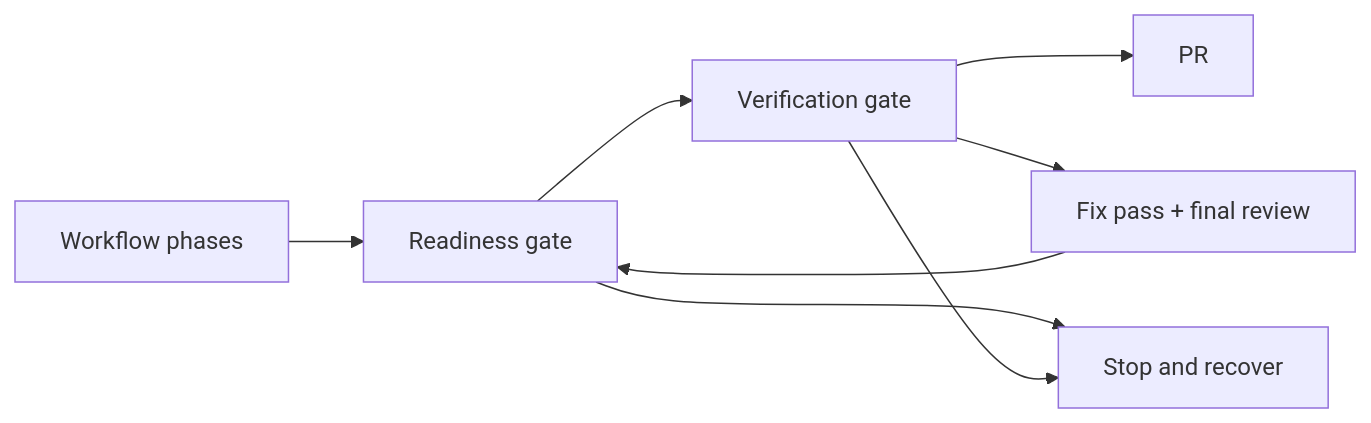
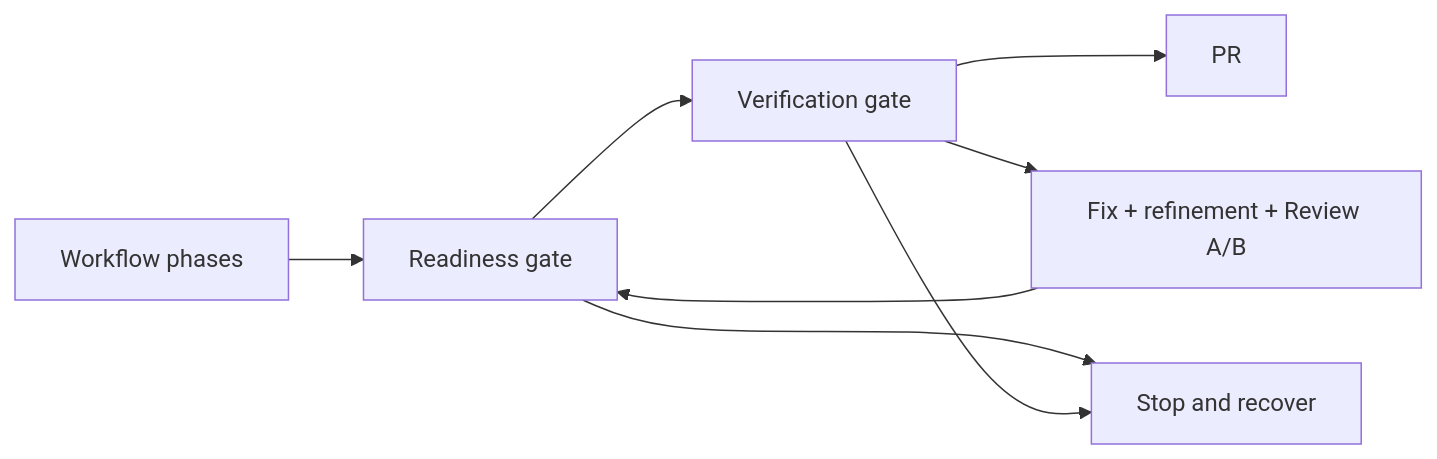
One commit to marcellocurto/roark-coding-agent changed the diagram in docs/verification.md. Above: the diagram before and after it, drawn with Mermaid. The commit also changed other lines of this file and 29 other files, not shown here.

Commit message:
Modernize standalone final review

````diff
--- a/docs/verification.md
+++ b/docs/verification.md
@@ -10,10 +10,10 @@
 ```mermaid
 flowchart LR
   phases["Workflow phases"] --> readiness["Readiness gate"]
   readiness --> verify["Verification gate"]
   verify --> publish["PR"]
   readiness --> fail["Stop and recover"]
-  verify --> repair["Fix pass + final review"]
+  verify --> repair["Fix + refinement + Review A/B"]
   repair --> readiness
   verify --> fail
 ```
````
